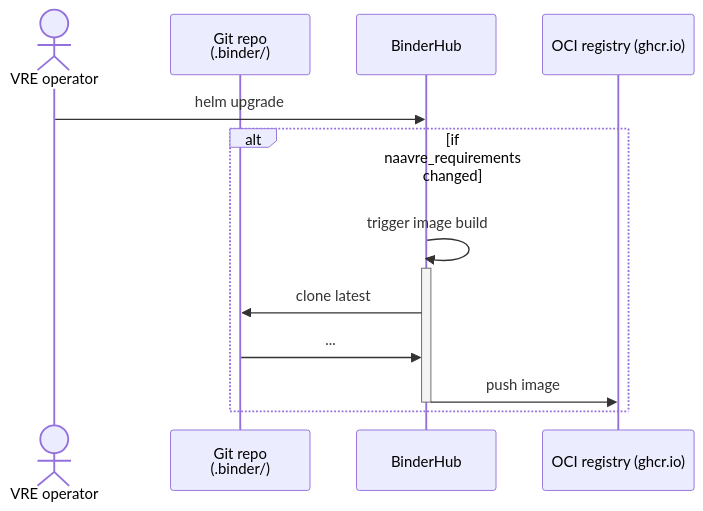
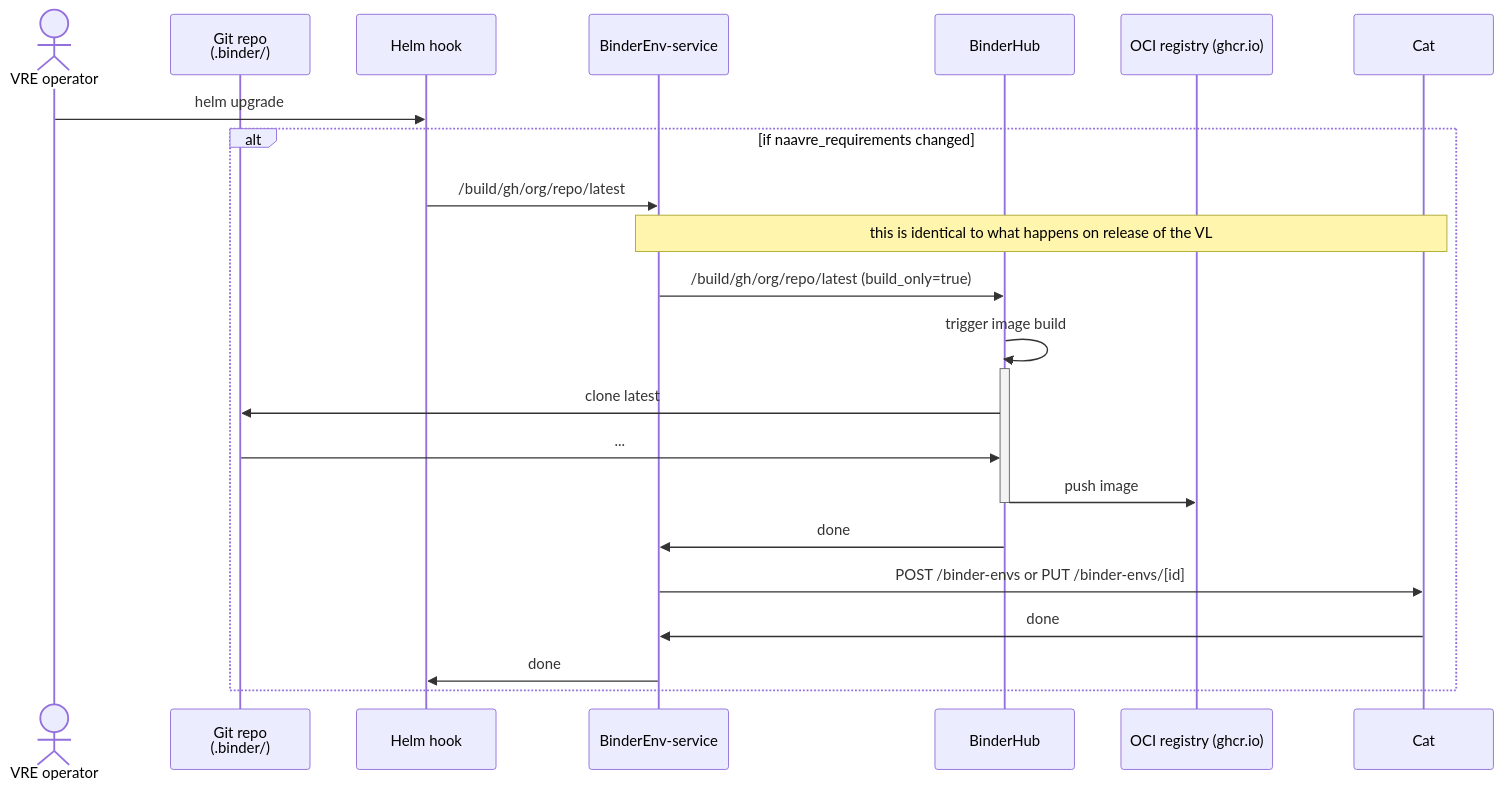
The diagram in diagrams/binder_lifecycle/seq-vre-ops-update-naavre.mermaid (NaaVRE/NaaVRE-architecture), drawn with Mermaid before and after one commit.

```diff
--- a/diagrams/binder_lifecycle/seq-vre-ops-update-naavre.mermaid
+++ b/diagrams/binder_lifecycle/seq-vre-ops-update-naavre.mermaid
@@ -1,12 +1,21 @@
 sequenceDiagram
     actor VREOps as VRE operator
     participant Git as Git repo<br>(.binder/)
+    participant HelmHook as Helm hook
+    participant EnvService as BinderEnv-service
     participant Binder as BinderHub
     participant GHCR as OCI registry (ghcr.io)
-    VREOps ->> Binder: helm upgrade
+    VREOps ->> HelmHook: helm upgrade
     alt if naavre_requirements changed
+        HelmHook->> EnvService: /build/gh/org/repo/latest
+        note over EnvService,Cat: this is identical to what happens on release of the VL
+        EnvService ->> Binder: /build/gh/org/repo/latest (build_only=true)
         Binder ->>+ Binder: trigger image build
         Binder ->> Git: clone latest
         Git ->> Binder: ...
         Binder ->>- GHCR: push image
+        Binder ->> EnvService: done
+        EnvService ->> Cat: POST /binder-envs or PUT /binder-envs/[id]
+        Cat ->> EnvService: done
+        EnvService ->> HelmHook: done
     end
```
